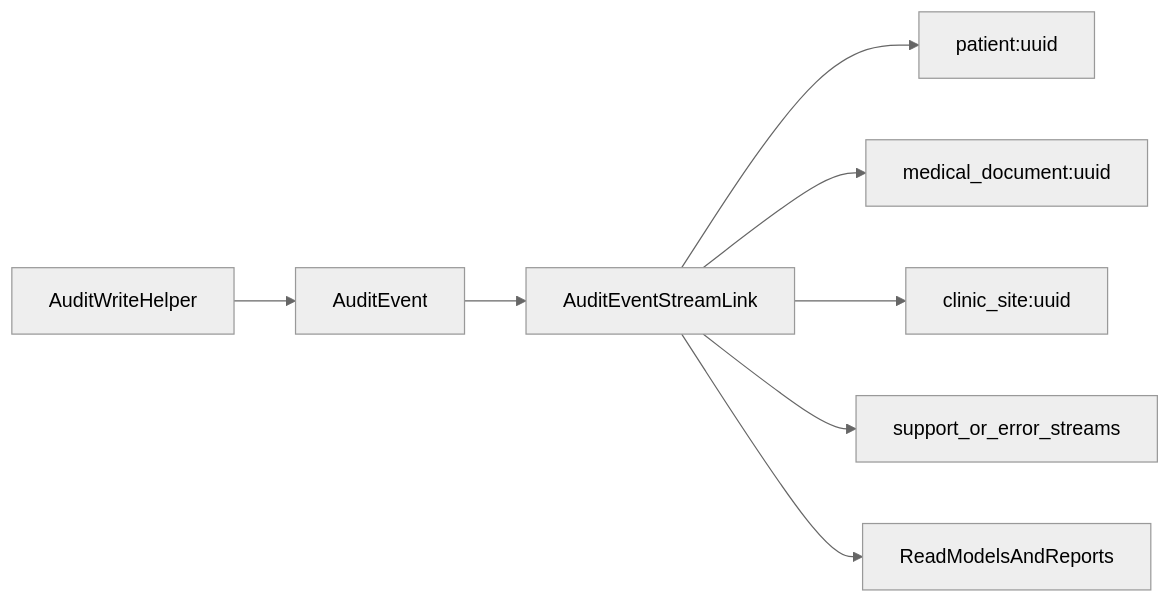
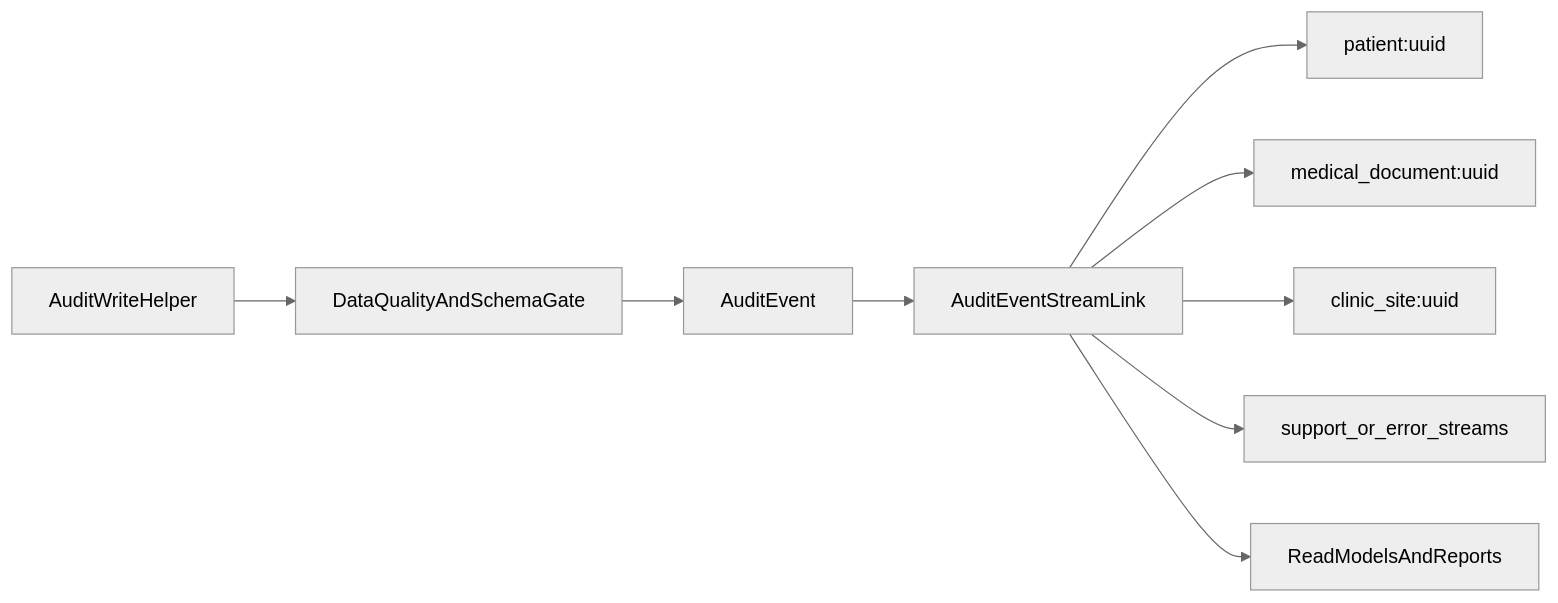
Before and after one commit to piotrpopiolek/cogitomedic: the diagram in .cursor/plans/audit-streams-plan.plan.md, drawn with Mermaid (neutral theme). The commit also changed other lines of this file, not shown here.

First line of the commit message:
Enhance audit streams plan with data quality and risk mitigation strategies

````diff
--- a/.cursor/plans/audit-streams-plan.plan.md
+++ b/.cursor/plans/audit-streams-plan.plan.md
@@ -62,10 +80,11 @@
 ```mermaid
 flowchart LR
-    auditWrite[AuditWriteHelper] --> auditEvent[AuditEvent]
+    auditWrite[AuditWriteHelper] --> dataGate[DataQualityAndSchemaGate]
+    dataGate --> auditEvent[AuditEvent]
     auditEvent --> streamLinks[AuditEventStreamLink]
     streamLinks --> patientStream[patient:uuid]
     streamLinks --> documentStream[medical_document:uuid]
     streamLinks --> clinicStream[clinic_site:uuid]
     streamLinks --> opsStream[support_or_error_streams]
     streamLinks --> projections[ReadModelsAndReports]
 ```
````
